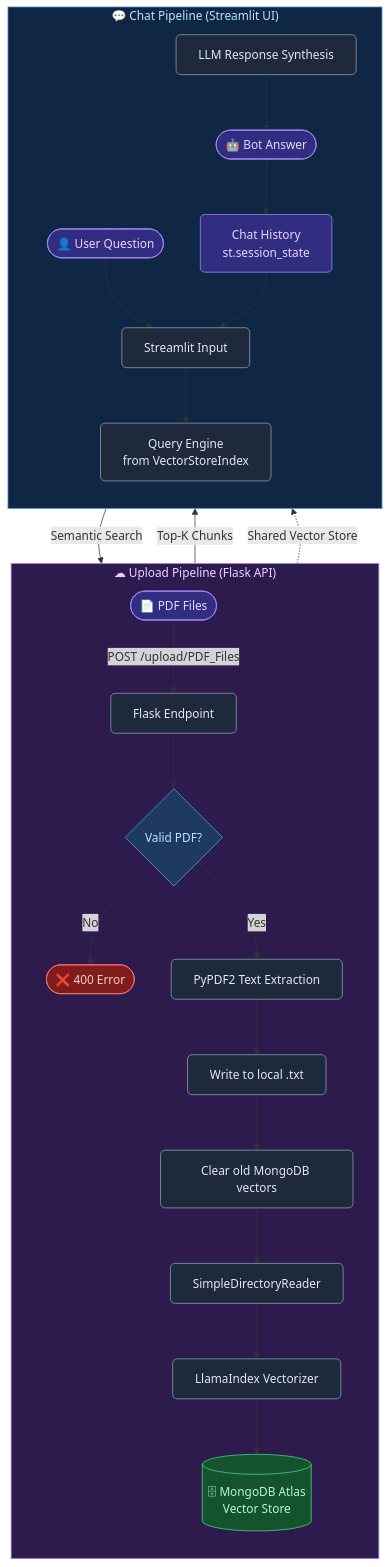
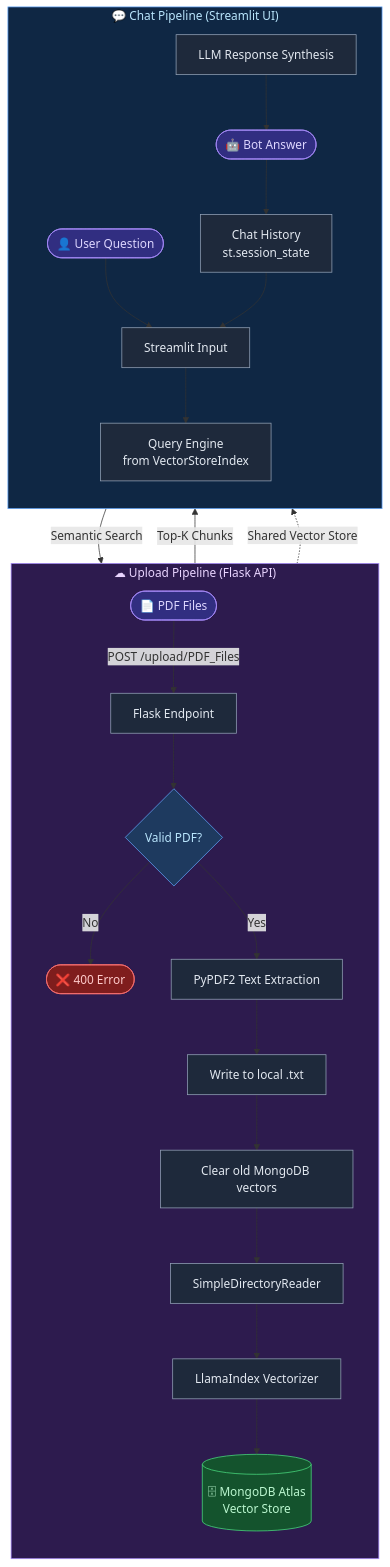
The diagram in README.md (Sanjeevi1997/chatBot), drawn with Mermaid before and after one commit.

Commit message:
Fix Mermaid diagram: explicitly assign colors to all nodes

````diff
--- a/README.md
+++ b/README.md
@@ -75,45 +75,43 @@
 ```mermaid
 flowchart TD
     subgraph UPLOAD ["☁ Upload Pipeline (Flask API)"]
         direction TB
         A([📄 PDF Files]) -->|POST /upload/PDF_Files| B[Flask Endpoint]
         B --> C{Valid PDF?}
         C -->|No| D([❌ 400 Error])
         C -->|Yes| E[PyPDF2 Text Extraction]
         E --> F[Write to local .txt]
         F --> G[Clear old MongoDB vectors]
         G --> H[SimpleDirectoryReader]
         H --> I[LlamaIndex Vectorizer]
         I --> J[(🗄 MongoDB Atlas\nVector Store)]
     end
 
     subgraph CHAT ["💬 Chat Pipeline (Streamlit UI)"]
         direction TB
         K([👤 User Question]) --> L[Streamlit Input]
         L --> M[Query Engine\nfrom VectorStoreIndex]
         M -->|Semantic Search| J
         J -->|Top-K Chunks| N[LLM Response Synthesis]
         N --> O([🤖 Bot Answer])
         O --> P[Chat History\nst.session_state]
         P --> L
     end
 
     J -.->|Shared Vector Store| M
 
     style UPLOAD fill:#2d1b4e,stroke:#a78bfa,color:#e9d5ff
     style CHAT fill:#0f2744,stroke:#60a5fa,color:#bae6fd
-    style J fill:#14532d,stroke:#4ade80,color:#bbf7d0
-    style D fill:#7f1d1d,stroke:#f87171,color:#fecaca
 
-    classDef default fill:#1e293b,stroke:#94a3b8,color:#e2e8f0,rx:6
+    classDef node fill:#1e293b,stroke:#94a3b8,color:#e2e8f0
     classDef decision fill:#1e3a5f,stroke:#60a5fa,color:#bae6fd
-    classDef terminal fill:#312e81,stroke:#a78bfa,color:#e9d5ff
+    classDef terminal fill:#312e81,stroke:#a78bfa,color:#ddd6fe
     classDef error fill:#7f1d1d,stroke:#f87171,color:#fecaca
     classDef store fill:#14532d,stroke:#4ade80,color:#bbf7d0
 
-    class A,K terminal
+    class B,E,F,G,H,I,L,M,N,P node
     class C decision
+    class A,K,O terminal
     class D error
     class J store
-    class O,P terminal
 ```
````
